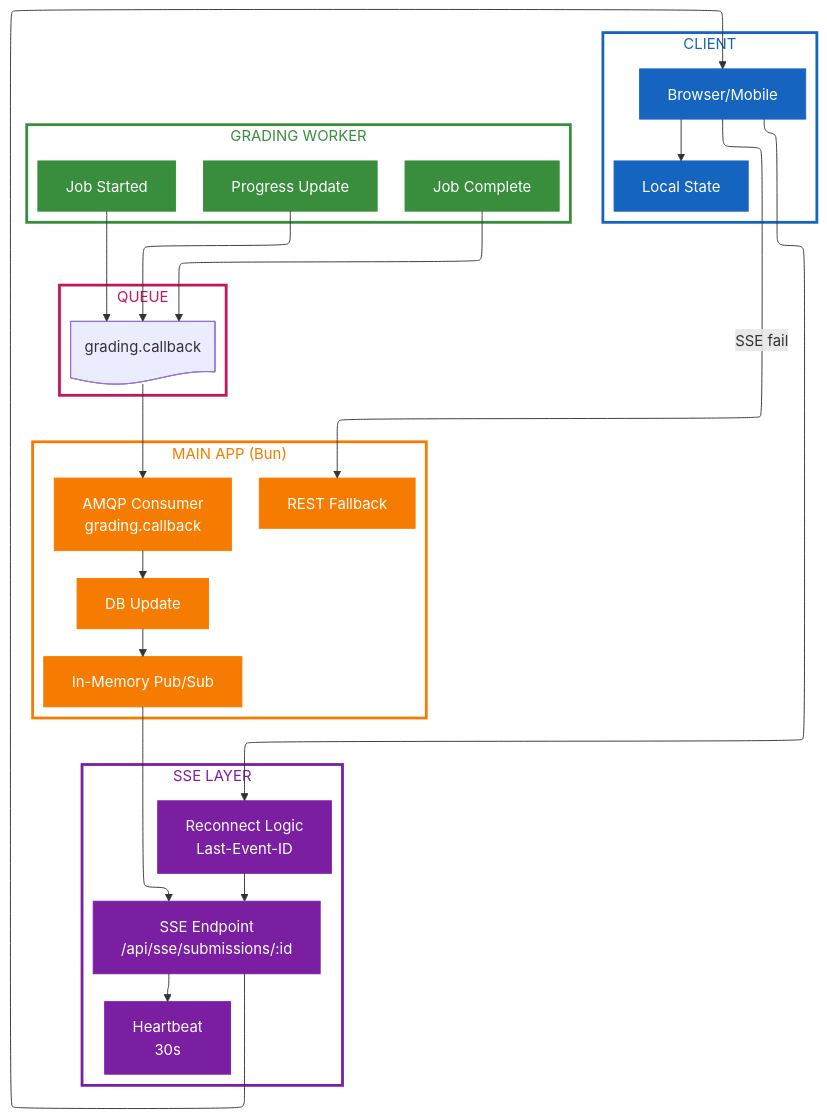
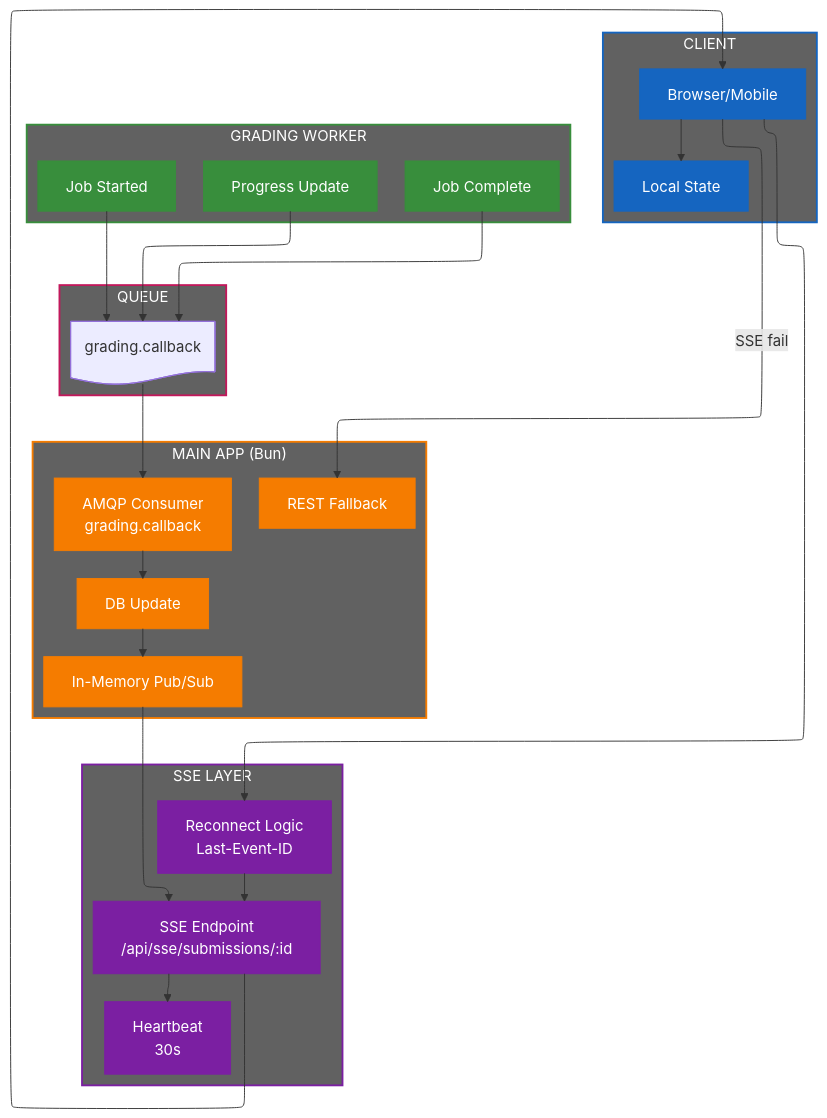
Before and after one commit to nghyane/VSTEP: the seventh of 12 diagrams in docs/capstone/diagrams/flow-diagrams.vi.md, drawn with Mermaid. The commit also changed other lines of this file, not shown here.

````diff
--- a/docs/capstone/diagrams/flow-diagrams.vi.md
+++ b/docs/capstone/diagrams/flow-diagrams.vi.md
@@ -377,71 +377,71 @@
 ```mermaid
 ---
 config:
   layout: elk
 ---
 flowchart TB
     subgraph Client["CLIENT"]
         Browser["Browser/Mobile"]
         LocalState["Local State"]
     end
 
     subgraph SSE["SSE LAYER"]
         Endpoint["SSE Endpoint\n/api/sse/submissions/:id"]
         Heartbeat["Heartbeat\n30s"]
         Reconnect["Reconnect Logic\nLast-Event-ID"]
     end
 
     subgraph Bun["MAIN APP (Bun)"]
         Consumer["AMQP Consumer\ngrading.callback"]
         PubSub["In-Memory Pub/Sub"]
         DBUpdate["DB Update"]
         Fallback["REST Fallback"]
     end
 
     subgraph Worker["GRADING WORKER"]
         JobStart["Job Started"]
         Progress["Progress Update"]
         JobComplete["Job Complete"]
     end
 
     subgraph Queue["QUEUE"]
         CbQueue@{ shape: doc, label: "grading.callback" }
     end
 
     JobStart --> CbQueue
     Progress --> CbQueue
     JobComplete --> CbQueue
     
     CbQueue --> Consumer --> DBUpdate --> PubSub --> Endpoint
     Endpoint --> Browser --> LocalState
     
     Browser -->|"SSE fail"| Fallback
     
     Endpoint --> Heartbeat
     Browser --> Reconnect --> Endpoint
 
     %% Nodes
     classDef client fill:#1565c0,stroke:#1565c0,color:#fff
     classDef sse fill:#7b1fa2,stroke:#7b1fa2,color:#fff
     classDef bun fill:#f57c00,stroke:#f57c00,color:#fff
     classDef worker fill:#388e3c,stroke:#388e3c,color:#fff
     classDef queue fill:#c2185b,stroke:#c2185b,color:#fff
 
     %% Boxes
-    classDef clientBox fill:none,stroke:#1565c0,stroke-width:3px,color:#1565c0
-    classDef sseBox fill:none,stroke:#7b1fa2,stroke-width:3px,color:#7b1fa2
-    classDef bunBox fill:none,stroke:#f57c00,stroke-width:3px,color:#f57c00
-    classDef workerBox fill:none,stroke:#388e3c,stroke-width:3px,color:#388e3c
-    classDef queueBox fill:none,stroke:#c2185b,stroke-width:3px,color:#c2185b
+    classDef clientBox fill:#616161,stroke:#1565c0,stroke-width:2px,color:#fff
+    classDef sseBox fill:#616161,stroke:#7b1fa2,stroke-width:2px,color:#fff
+    classDef bunBox fill:#616161,stroke:#f57c00,stroke-width:2px,color:#fff
+    classDef workerBox fill:#616161,stroke:#388e3c,stroke-width:2px,color:#fff
+    classDef queueBox fill:#616161,stroke:#c2185b,stroke-width:2px,color:#fff
 
     class Client clientBox
     class SSE sseBox
     class Bun bunBox
     class Worker workerBox
     class Queue queueBox
 
     class Browser,LocalState client
     class Endpoint,Heartbeat,Reconnect sse
     class Consumer,PubSub,DBUpdate,Fallback bun
     class JobStart,Progress,JobComplete worker
 ```
````
